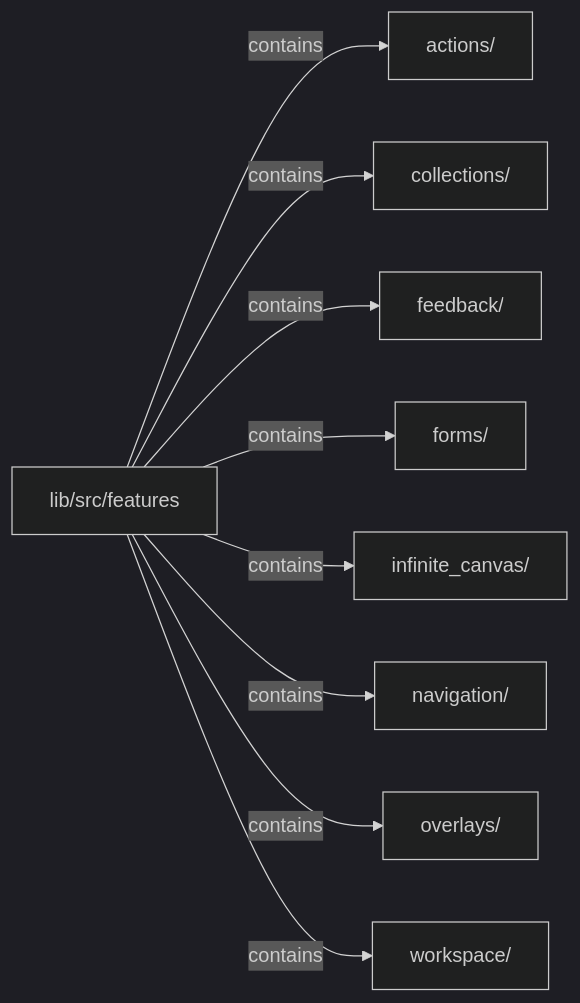
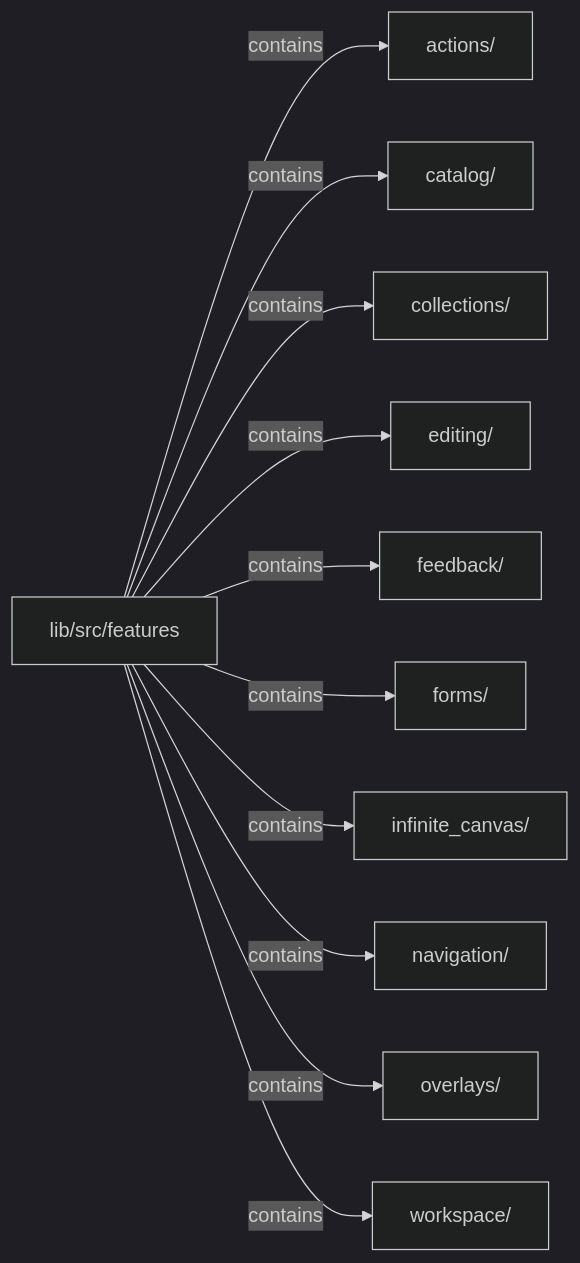
The diagram in docs/architecture/src/features/README.md (MiuDog/Kallopis), drawn with Mermaid (dark theme) before and after one commit. The commit also changed other lines of this file and 9688 other files, not shown here.

Commit message:
Prepare isolated Flow F2 peer baseline

````diff
--- a/docs/architecture/src/features/README.md
+++ b/docs/architecture/src/features/README.md
@@ -31,20 +31,24 @@
 ```mermaid
 flowchart LR
 	n0["lib/src/features"]
 	n1["actions/"]
-	n2["collections/"]
-	n3["feedback/"]
-	n4["forms/"]
-	n5["infinite_canvas/"]
-	n6["navigation/"]
-	n7["overlays/"]
-	n8["workspace/"]
+	n2["catalog/"]
+	n3["collections/"]
+	n4["editing/"]
+	n5["feedback/"]
+	n6["forms/"]
+	n7["infinite_canvas/"]
+	n8["navigation/"]
+	n9["overlays/"]
+	n10["workspace/"]
 	n0 -->|"contains"| n1
 	n0 -->|"contains"| n2
 	n0 -->|"contains"| n3
 	n0 -->|"contains"| n4
 	n0 -->|"contains"| n5
 	n0 -->|"contains"| n6
 	n0 -->|"contains"| n7
 	n0 -->|"contains"| n8
+	n0 -->|"contains"| n9
+	n0 -->|"contains"| n10
 ```
````
